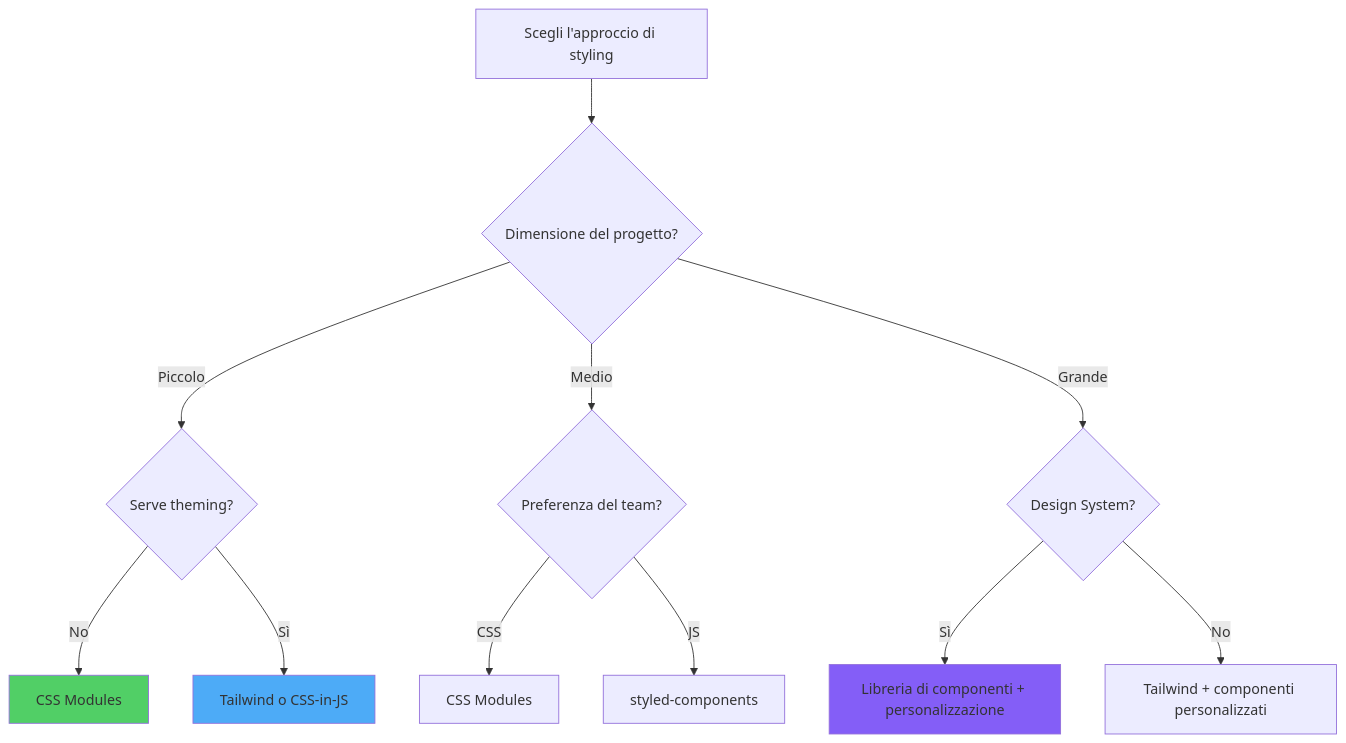
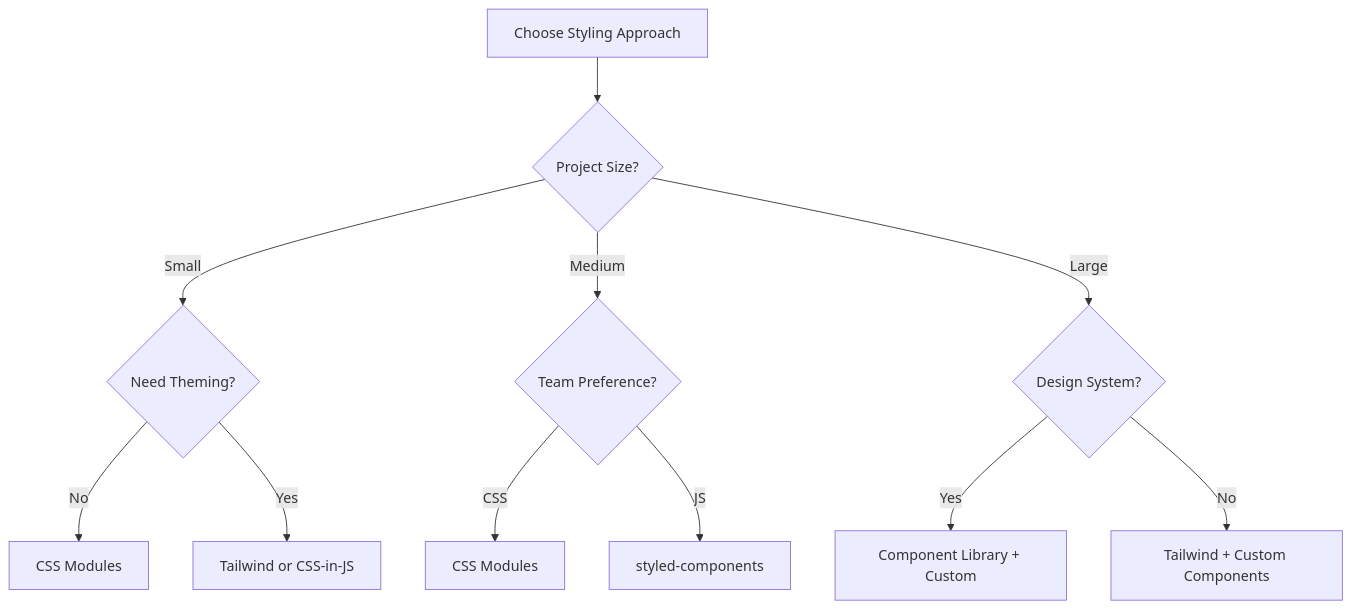
Before and after one commit to BabaScience/react-guides: the sixth of 6 diagrams in arguments/chapters/it/04-react-styling.md, drawn with Mermaid. The commit also changed other lines of this file and 29 other files, not shown here.

First line of the commit message:
Bring React FR/IT translations to full English parity + theme-safe diagrams

````diff
--- a/arguments/chapters/it/04-react-styling.md
+++ b/arguments/chapters/it/04-react-styling.md
@@ -274,21 +2327,18 @@
 ```mermaid
 graph TD
-    A[Scegli l'approccio di styling] --> B{Dimensione del progetto?}
+    A[Choose Styling Approach] --> B{Project Size?}
     
-    B -->|Piccolo| C{Serve theming?}
-    B -->|Medio| D{Preferenza del team?}
-    B -->|Grande| E{Design System?}
+    B -->|Small| C{Need Theming?}
+    B -->|Medium| D{Team Preference?}
+    B -->|Large| E{Design System?}
     
     C -->|No| F[CSS Modules]
-    C -->|Sì| G[Tailwind o CSS-in-JS]
+    C -->|Yes| G[Tailwind or CSS-in-JS]
     
     D -->|CSS| H[CSS Modules]
     D -->|JS| I[styled-components]
     
-    E -->|Sì| J[Libreria di componenti + personalizzazione]
-    E -->|No| K[Tailwind + componenti personalizzati]
+    E -->|Yes| J[Component Library + Custom]
+    E -->|No| K[Tailwind + Custom Components]
     
-    style F fill:#51cf66
-    style G fill:#4dabf7
-    style J fill:#845ef7
 ```
````
